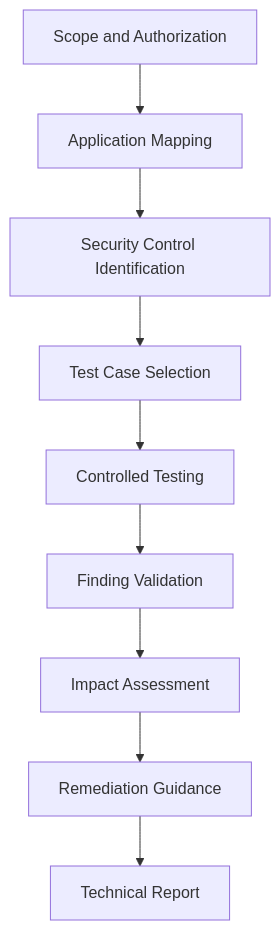
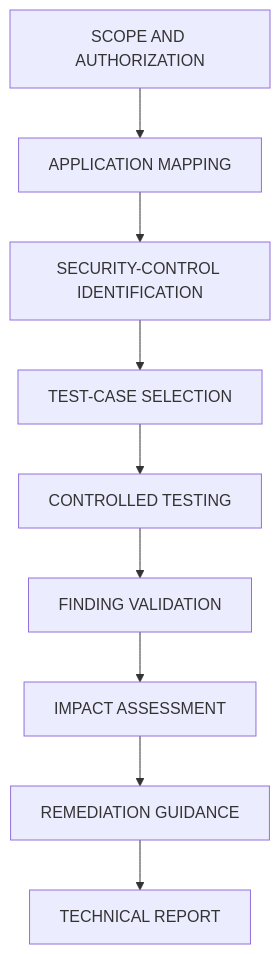
Before and after one commit to GhostMaskR/Web-Application-Basics: the fifth of 5 diagrams in README.md, drawn with Mermaid. The commit also changed other lines of this file, not shown here.

````diff
--- a/README.md
+++ b/README.md
@@ -1048,11 +1029,11 @@
 ```mermaid
 flowchart TD
-    A["Scope and Authorization"] --> B["Application Mapping"]
-    B --> C["Security Control Identification"]
-    C --> D["Test Case Selection"]
-    D --> E["Controlled Testing"]
-    E --> F["Finding Validation"]
-    F --> G["Impact Assessment"]
-    G --> H["Remediation Guidance"]
-    H --> I["Technical Report"]
+    A["SCOPE AND AUTHORIZATION"] --> B["APPLICATION MAPPING"]
+    B --> C["SECURITY-CONTROL IDENTIFICATION"]
+    C --> D["TEST-CASE SELECTION"]
+    D --> E["CONTROLLED TESTING"]
+    E --> F["FINDING VALIDATION"]
+    F --> G["IMPACT ASSESSMENT"]
+    G --> H["REMEDIATION GUIDANCE"]
+    H --> I["TECHNICAL REPORT"]
 ```
````
